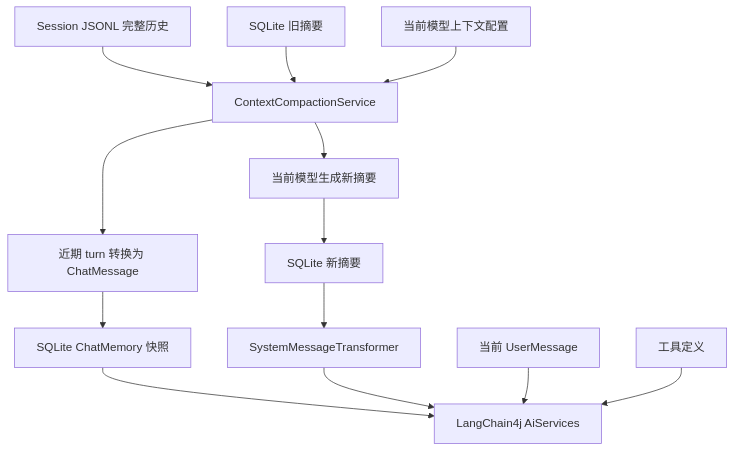
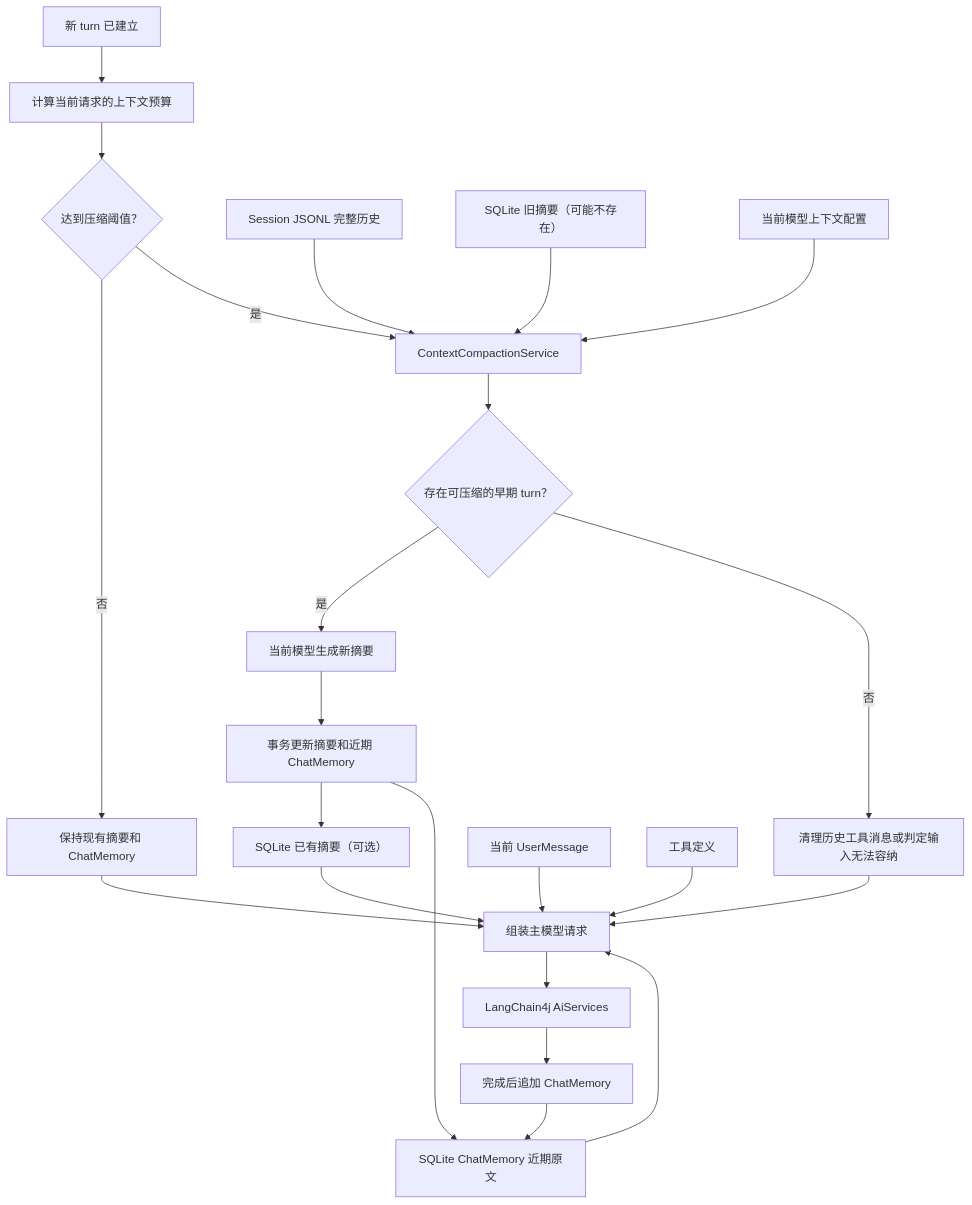
One commit to gotosan/mboo-code changed the first of 3 diagrams in docs/session-context-memory-design.md. Above: the diagram before and after it, drawn with Mermaid. The commit also changed other lines of this file and 2 other files, not shown here.

````diff
--- a/docs/session-context-memory-design.md
+++ b/docs/session-context-memory-design.md
@@ -99,15 +104,28 @@
 ```mermaid
 flowchart TD
-    A["Session JSONL 完整历史"] --> B["ContextCompactionService"]
-    C["SQLite 旧摘要"] --> B
-    D["当前模型上下文配置"] --> B
-    B --> E["当前模型生成新摘要"]
-    E --> F["SQLite 新摘要"]
-    B --> G["近期 turn 转换为 ChatMessage"]
-    G --> H["SQLite ChatMemory 快照"]
-    F --> I["SystemMessageTransformer"]
-    H --> J["LangChain4j AiServices"]
-    I --> J
-    K["当前 UserMessage"] --> J
-    L["工具定义"] --> J
+    A["新 turn 已建立"] --> B["计算当前请求的上下文预算"]
+    B --> C{"达到压缩阈值？"}
+
+    C -- "否" --> D["保持现有摘要和 ChatMemory"]
+    C -- "是" --> E["ContextCompactionService"]
+
+    F["Session JSONL 完整历史"] --> E
+    G["SQLite 旧摘要（可能不存在）"] --> E
+    H["当前模型上下文配置"] --> E
+    E --> R{"存在可压缩的早期 turn？"}
+    R -- "是" --> I["当前模型生成新摘要"]
+    I --> J["事务更新摘要和近期 ChatMemory"]
+    R -- "否" --> S["清理历史工具消息或判定输入无法容纳"]
+
+    D --> K["组装主模型请求"]
+    L["SQLite 已有摘要（可选）"] --> K
+    M["SQLite ChatMemory 近期原文"] --> K
+    J --> L
+    J --> M
+    S --> K
+    N["当前 UserMessage"] --> K
+    O["工具定义"] --> K
+    K --> P["LangChain4j AiServices"]
+    P --> Q["完成后追加 ChatMemory"]
+    Q --> M
 ```
````
